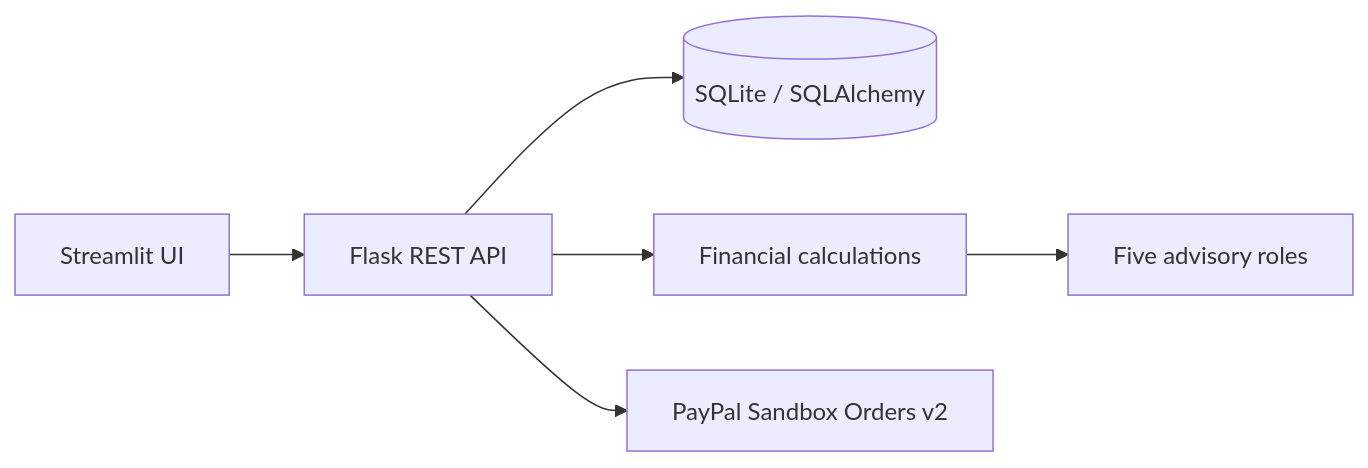
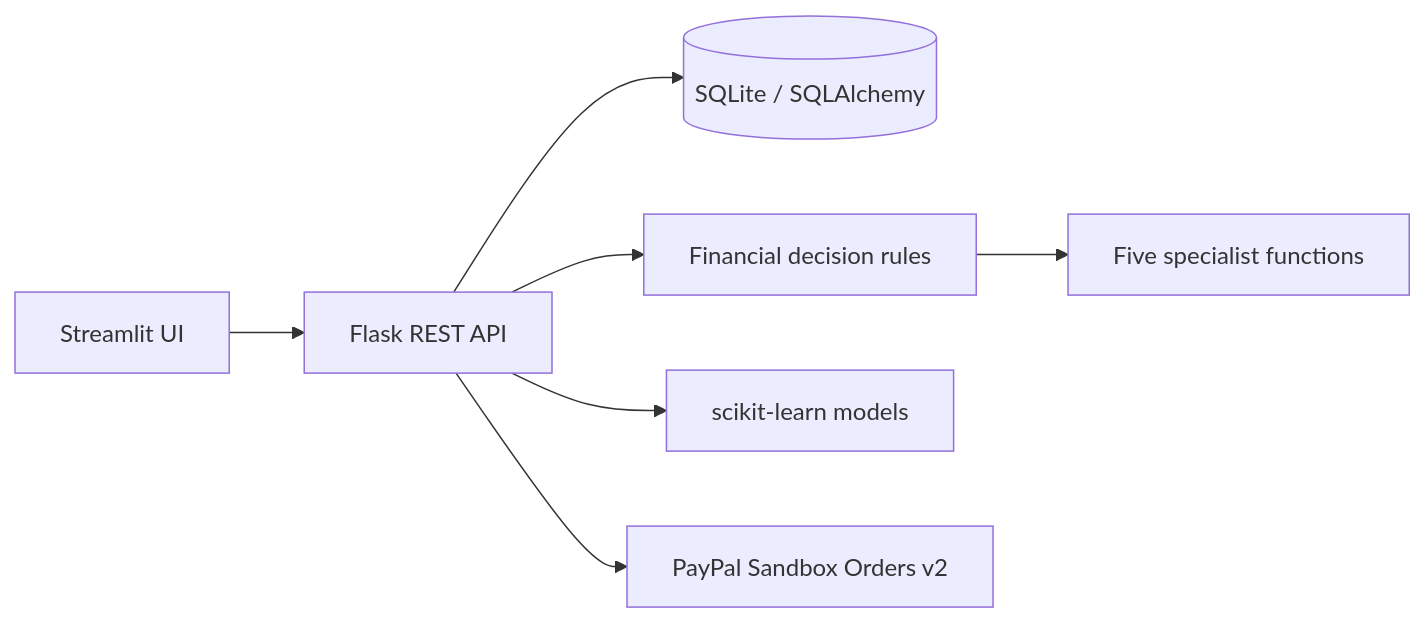
Before and after one commit to UzaibBashir/PayAhead: the diagram in docs/ARCHITECTURE.md, drawn with Mermaid. The commit also changed other lines of this file and 12 other files, not shown here.

````diff
--- a/docs/ARCHITECTURE.md
+++ b/docs/ARCHITECTURE.md
@@ -5,8 +5,9 @@
 ```mermaid
 flowchart LR
  UI[Streamlit UI] --> API[Flask REST API]
  API --> DB[(SQLite / SQLAlchemy)]
- API --> CALC[Financial calculations]
- CALC --> TEAM[Five advisory roles]
+ API --> CALC[Financial decision rules]
+ CALC --> AG[Five specialist functions]
+ API --> ML[scikit-learn models]
  API --> PP[PayPal Sandbox Orders v2]
 ```
````
